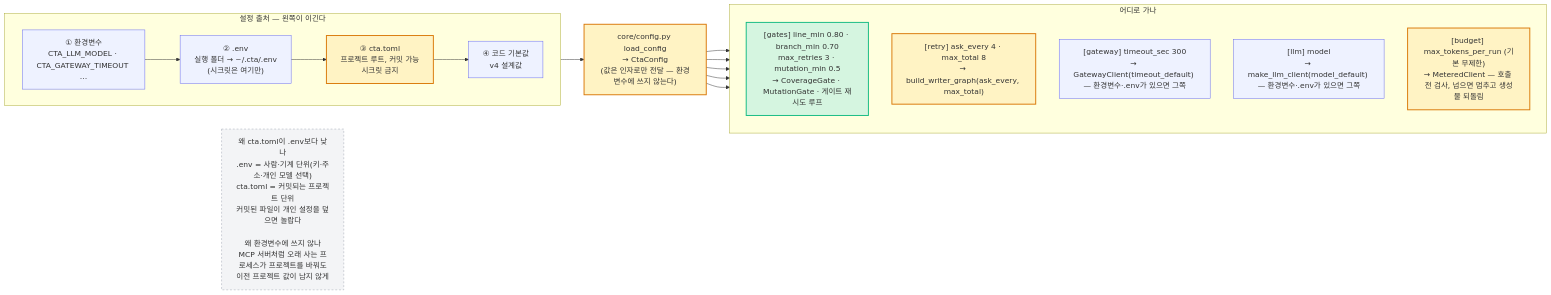
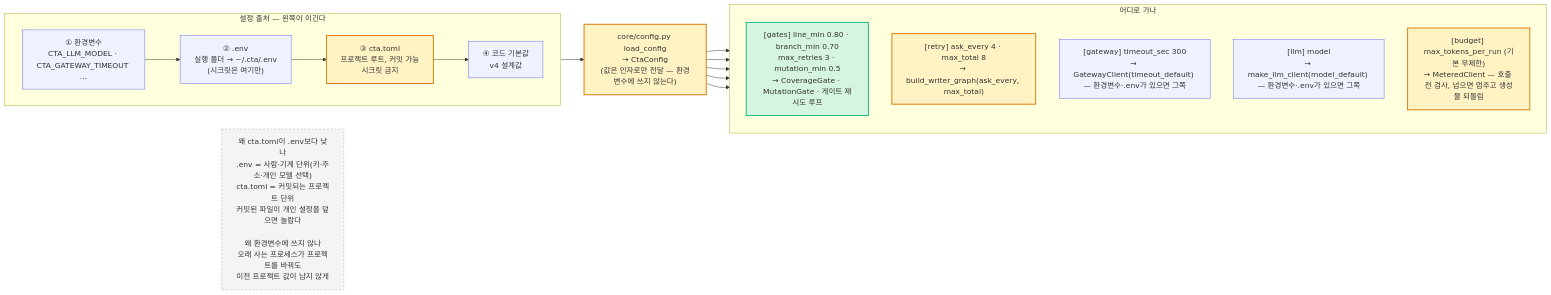
Before and after one commit to parksanghyeop/skax-master-project: the diagram in docs/제출자료/diagrams/config-precedence.mmd, drawn with Mermaid. The commit also changed 27 other files, not shown here.

First line of the commit message:
MCP 서버 제거 (2/2) — 설정·문서·다이어그램 반영 (ADR-0021)

```diff
--- a/docs/제출자료/diagrams/config-precedence.mmd
+++ b/docs/제출자료/diagrams/config-precedence.mmd
@@ -1,34 +1,34 @@
 flowchart LR
     subgraph SRC["설정 출처 — 왼쪽이 이긴다"]
         direction LR
         E1["① 환경변수<br/>CTA_LLM_MODEL · CTA_GATEWAY_TIMEOUT …"]
         E2["② .env<br/>실행 폴더 → ~/.cta/.env<br/>(시크릿은 여기만)"]
         E3["③ cta.toml<br/>프로젝트 루트, 커밋 가능<br/>시크릿 금지"]
         E4["④ 코드 기본값<br/>v4 설계값"]
         E1 --> E2 --> E3 --> E4
     end
 
     LOAD["core/config.py load_config<br/>→ CtaConfig<br/>(값은 인자로만 전달 — 환경변수에 쓰지 않는다)"]
 
     subgraph USE["어디로 가나"]
         direction TB
         G["[gates] line_min 0.80 · branch_min 0.70<br/>max_retries 3 · mutation_min 0.5<br/>→ CoverageGate · MutationGate · 게이트 재시도 루프"]
         R["[retry] ask_every 4 · max_total 8<br/>→ build_writer_graph(ask_every, max_total)"]
         T["[gateway] timeout_sec 300<br/>→ GatewayClient(timeout_default) — 환경변수·.env가 있으면 그쪽"]
         M["[llm] model<br/>→ make_llm_client(model_default) — 환경변수·.env가 있으면 그쪽"]
         B["[budget] max_tokens_per_run (기본 무제한)<br/>→ MeteredClient — 호출 전 검사, 넘으면 멈추고 생성물 되돌림"]
     end
 
     E3 --> LOAD
     LOAD --> G & R & T & M & B
 
-    WHY["왜 cta.toml이 .env보다 낮나<br/>.env = 사람·기계 단위(키·주소·개인 모델 선택)<br/>cta.toml = 커밋되는 프로젝트 단위<br/>커밋된 파일이 개인 설정을 덮으면 놀랍다<br/><br/>왜 환경변수에 쓰지 않나<br/>MCP 서버처럼 오래 사는 프로세스가 프로젝트를 바꿔도<br/>이전 프로젝트 값이 남지 않게"]
+    WHY["왜 cta.toml이 .env보다 낮나<br/>.env = 사람·기계 단위(키·주소·개인 모델 선택)<br/>cta.toml = 커밋되는 프로젝트 단위<br/>커밋된 파일이 개인 설정을 덮으면 놀랍다<br/><br/>왜 환경변수에 쓰지 않나<br/>오래 사는 프로세스가 프로젝트를 바꿔도<br/>이전 프로젝트 값이 남지 않게"]
 
     classDef new fill:#fff3c4,stroke:#d97706,stroke-width:2px
     classDef plain fill:#eef2ff,stroke:#6366f1
     classDef safe fill:#d5f5e0,stroke:#10b981,stroke-width:2px
     classDef dim fill:#f3f4f6,stroke:#9ca3af,stroke-dasharray: 4 4
     class E3,LOAD,R,B new
     class E1,E2,E4,T,M plain
     class G safe
     class WHY dim
```
